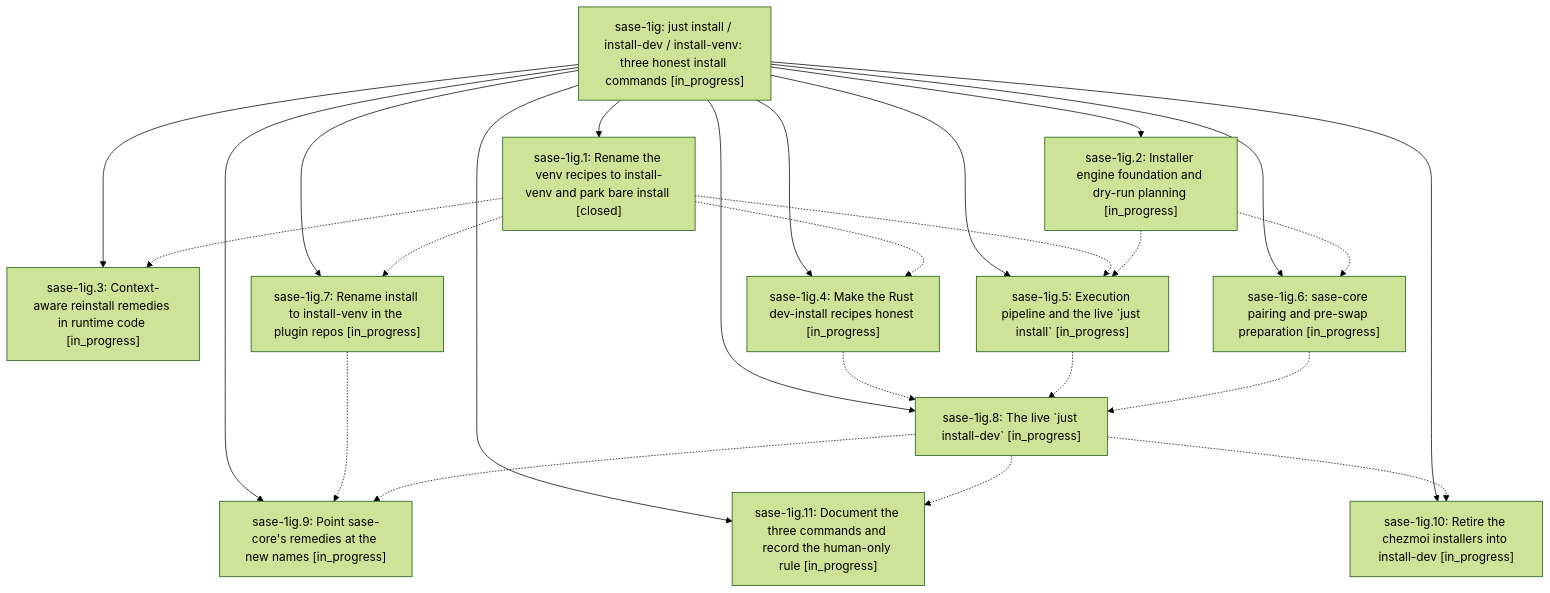
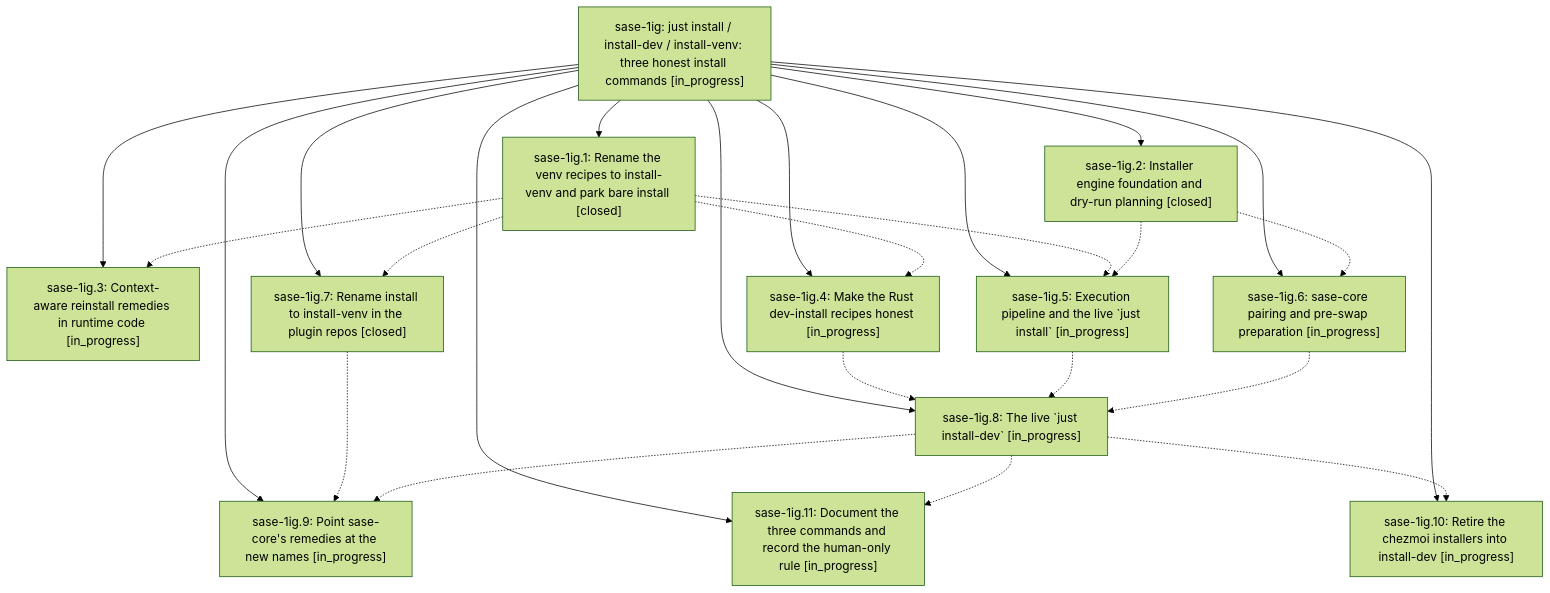
Before and after one commit to sase-org/sase--beads: the diagram in pages/sase-1ig/README.md, drawn with Mermaid (forest theme). The commit also changed other lines of this file and 8 other files, not shown here.

````diff
--- a/pages/sase-1ig/README.md
+++ b/pages/sase-1ig/README.md
@@ -32,39 +46,39 @@
 ```mermaid
 flowchart TD
     n0["sase-1ig: just install / install-dev / install-venv: three honest install commands [in_progress]"]
     n1["sase-1ig.1: Rename the venv recipes to install-venv and park bare install [closed]"]
     n2["sase-1ig.10: Retire the chezmoi installers into install-dev [in_progress]"]
     n3["sase-1ig.11: Document the three commands and record the human-only rule [in_progress]"]
-    n4["sase-1ig.2: Installer engine foundation and dry-run planning [in_progress]"]
+    n4["sase-1ig.2: Installer engine foundation and dry-run planning [closed]"]
     n5["sase-1ig.3: Context-aware reinstall remedies in runtime code [in_progress]"]
     n6["sase-1ig.4: Make the Rust dev-install recipes honest [in_progress]"]
     n7["sase-1ig.5: Execution pipeline and the live `just install` [in_progress]"]
     n8["sase-1ig.6: sase-core pairing and pre-swap preparation [in_progress]"]
-    n9["sase-1ig.7: Rename install to install-venv in the plugin repos [in_progress]"]
+    n9["sase-1ig.7: Rename install to install-venv in the plugin repos [closed]"]
     n10["sase-1ig.8: The live `just install-dev` [in_progress]"]
     n11["sase-1ig.9: Point sase-core's remedies at the new names [in_progress]"]
     n0 --> n1
     n0 --> n2
     n0 --> n3
     n0 --> n4
     n0 --> n5
     n0 --> n6
     n0 --> n7
     n0 --> n8
     n0 --> n9
     n0 --> n10
     n0 --> n11
     n1 -.-> n5
     n1 -.-> n6
     n1 -.-> n7
     n1 -.-> n9
     n4 -.-> n7
     n4 -.-> n8
     n6 -.-> n10
     n7 -.-> n10
     n8 -.-> n10
     n9 -.-> n11
     n10 -.-> n2
     n10 -.-> n3
     n10 -.-> n11
 ```
````
